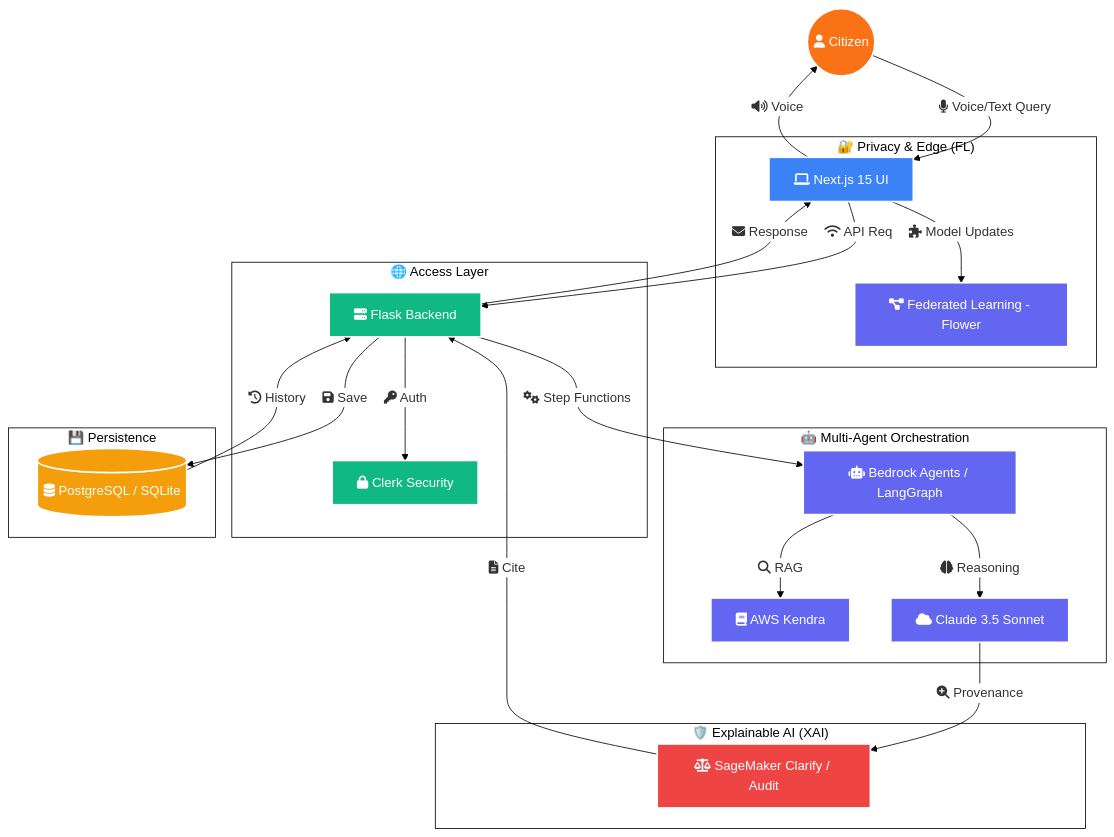
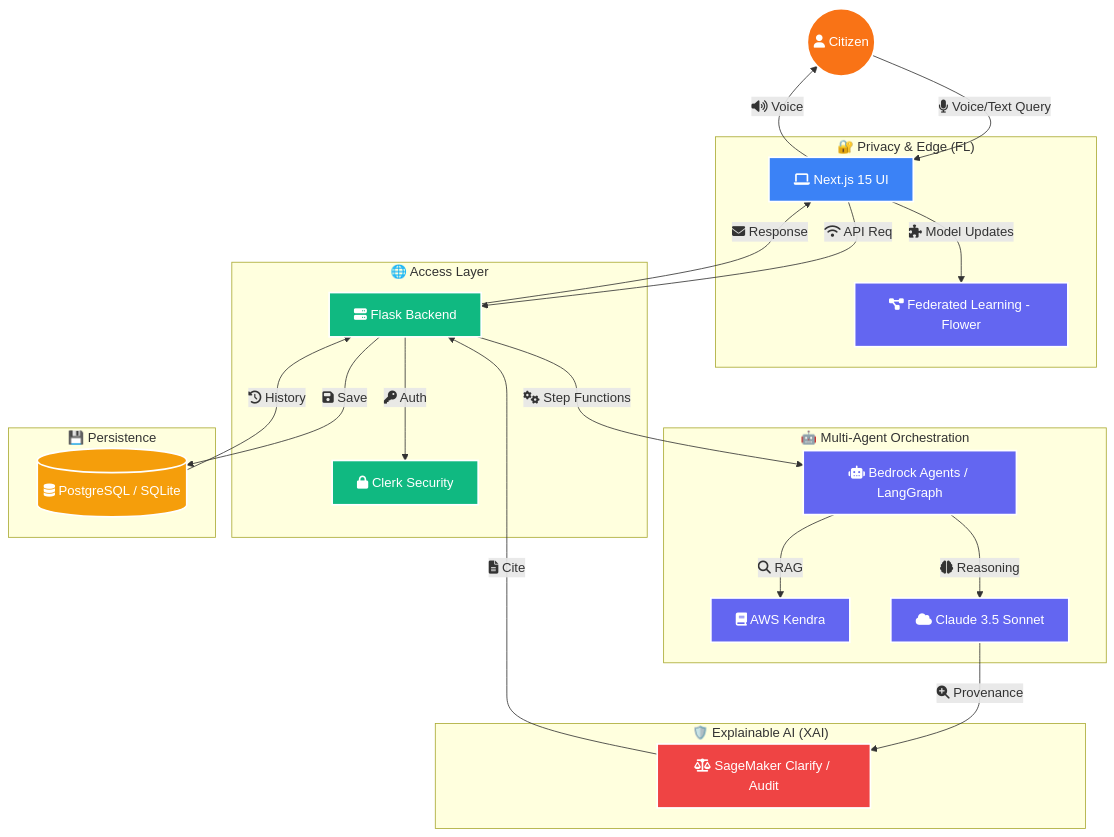
One commit to shalcoder/JanSathi changed the first of 5 diagrams in README.md. Above: the diagram before and after it, drawn with Mermaid. The commit also changed other lines of this file, not shown here.

Commit message:
iCONS and tech flow diagram updates

````diff
--- a/README.md
+++ b/README.md
@@ -31,41 +31,41 @@
 ```mermaid
-%%{init: {'theme': 'base', 'themeVariables': { 'primaryColor': '#ffffff', 'edgeLabelBackground':'#ffffff', 'tertiaryColor': '#ffffff', 'mainBkg': '#ffffff', 'clusterBkg': '#ffffff', 'nodeBorder': '#000000', 'clusterBorder': '#000000', 'lineColor': '#000000'}}}%%
+%%{init: {'theme': 'default', 'themeVariables': { 'mainBkg': '#ffffff', 'background': '#ffffff' }}}%%
 graph TD
     %% Styling
     classDef user fill:#f97316,stroke:#fff,stroke-width:2px,color:#fff
     classDef fe fill:#3b82f6,stroke:#fff,stroke-width:2px,color:#fff
     classDef be fill:#10b981,stroke:#fff,stroke-width:2px,color:#fff
     classDef ai fill:#6366f1,stroke:#fff,stroke-width:2px,color:#fff
     classDef trust fill:#ef4444,stroke:#fff,stroke-width:2px,color:#fff
     classDef db fill:#f59e0b,stroke:#fff,stroke-width:2px,color:#fff
 
     User((fa:fa-user Citizen)):::user -- "fa:fa-microphone Voice/Text Query" --> Frontend[fa:fa-laptop Next.js 15 UI]:::fe
     
     subgraph "🔐 Privacy & Edge (FL)"
         Frontend -- "fa:fa-puzzle-piece Model Updates" --> FL[fa:fa-project-diagram Federated Learning - Flower]:::ai
     end
 
     subgraph "🌐 Access Layer"
         Frontend -- "fa:fa-wifi API Req" --> Flask[fa:fa-server Flask Backend]:::be
         Flask -- "fa:fa-key Auth" --> Clerk[fa:fa-lock Clerk Security]:::be
     end
 
     subgraph "🤖 Multi-Agent Orchestration"
         Flask -- "fa:fa-cogs Step Functions" --> Agents[fa:fa-robot Bedrock Agents / LangGraph]:::ai
         Agents -- "fa:fa-search RAG" --> Kendra[fa:fa-book AWS Kendra]:::ai
         Agents -- "fa:fa-brain Reasoning" --> Bedrock[fa:fa-cloud Claude 3.5 Sonnet]:::ai
     end
 
     subgraph "🛡️ Explainable AI (XAI)"
         Bedrock -- "fa:fa-search-plus Provenance" --> XAI[fa:fa-balance-scale SageMaker Clarify / Audit]:::trust
         XAI -- "fa:fa-file-alt Cite" --> Flask
     end
 
     subgraph "💾 Persistence"
         Flask -- "fa:fa-save Save" --> DB[(fa:fa-database PostgreSQL / SQLite)]:::db
         DB -- "fa:fa-history History" --> Flask
     end
 
     Flask -- "fa:fa-envelope Response" --> Frontend
     Frontend -- "fa:fa-volume-up Voice" --> User
 ```
````
